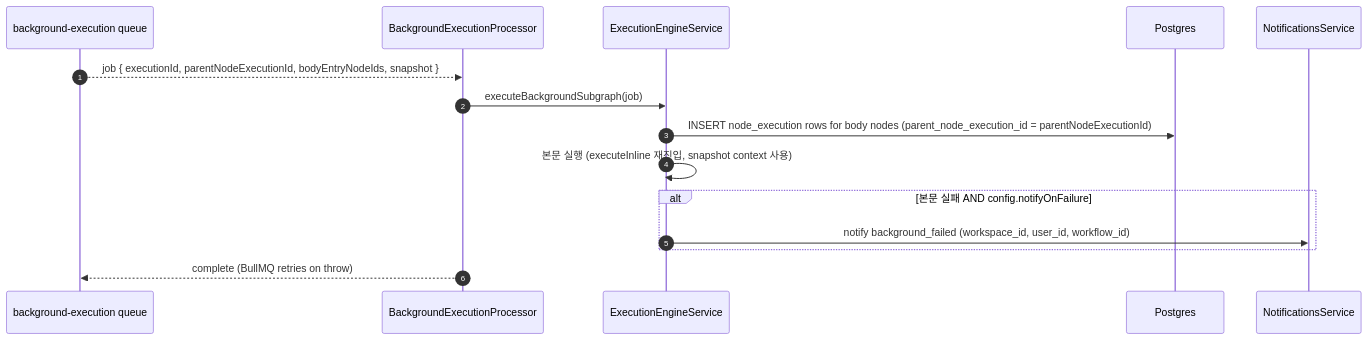
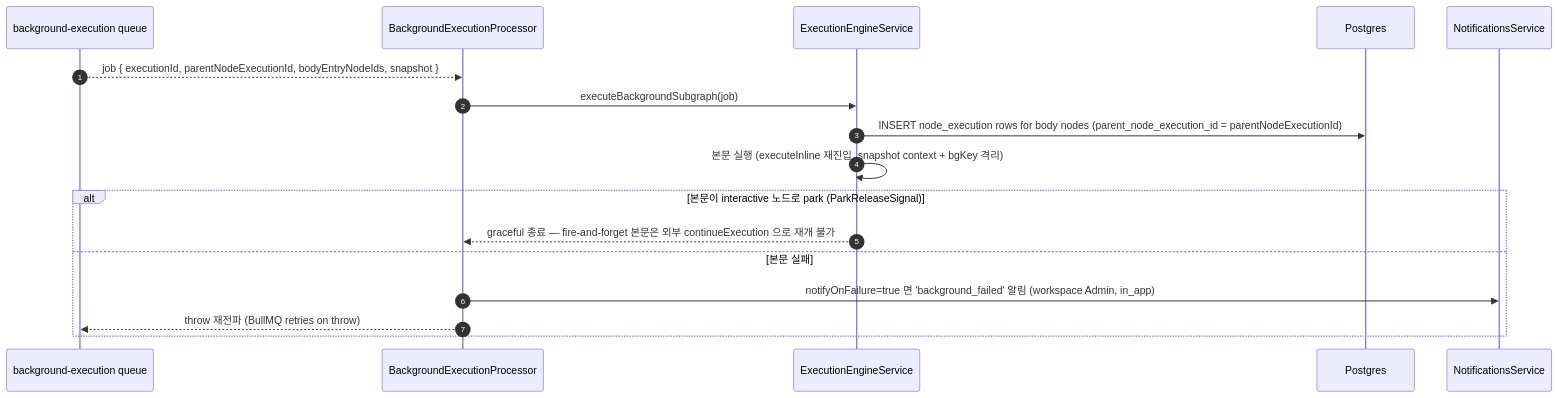
The third of 6 diagrams in spec/data-flow/3-execution.md (worker-ants/clemvion), drawn with Mermaid before and after one commit. The commit also changed other lines of this file and 89 other files, not shown here.

First line of the commit message:
docs(spec): spec↔code 전수 상호 감사 — 역방향 커버리지 + drift 동기화 + data-flow 재구성 (위반 19건 보고) (#516)

````diff
--- a/spec/data-flow/3-execution.md
+++ b/spec/data-flow/3-execution.md
@@ -72,18 +118,20 @@
 ```mermaid
 sequenceDiagram
   autonumber
   participant BGQ as background-execution queue
   participant Proc as BackgroundExecutionProcessor
   participant Eng as ExecutionEngineService
   participant PG as Postgres
   participant Noti as NotificationsService
 
   BGQ-->>Proc: job { executionId, parentNodeExecutionId, bodyEntryNodeIds, snapshot }
   Proc->>Eng: executeBackgroundSubgraph(job)
   Eng->>PG: INSERT node_execution rows for body nodes (parent_node_execution_id = parentNodeExecutionId)
-  Eng->>Eng: 본문 실행 (executeInline 재진입, snapshot context 사용)
-  alt 본문 실패 AND config.notifyOnFailure
-    Eng->>Noti: notify background_failed (workspace_id, user_id, workflow_id)
+  Eng->>Eng: 본문 실행 (executeInline 재진입, snapshot context + bgKey 격리)
+  alt 본문이 interactive 노드로 park (ParkReleaseSignal)
+    Eng-->>Proc: graceful 종료 — fire-and-forget 본문은 외부 continueExecution 으로 재개 불가
+  else 본문 실패
+    Proc->>Noti: notifyOnFailure=true 면 'background_failed' 알림 (workspace Admin, in_app)
+    Proc-->>BGQ: throw 재전파 (BullMQ retries on throw)
   end
-  Proc-->>BGQ: complete (BullMQ retries on throw)
 ```
````
